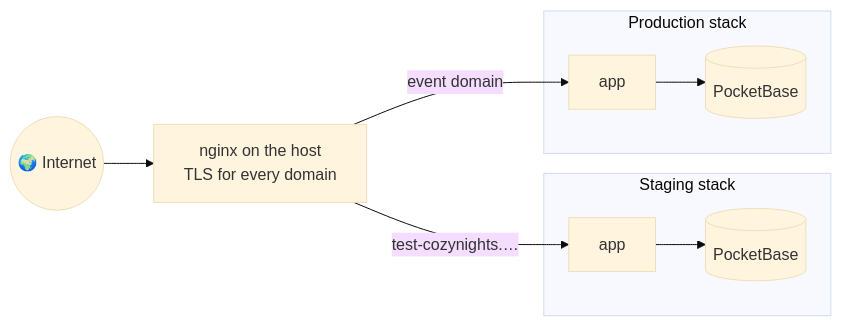
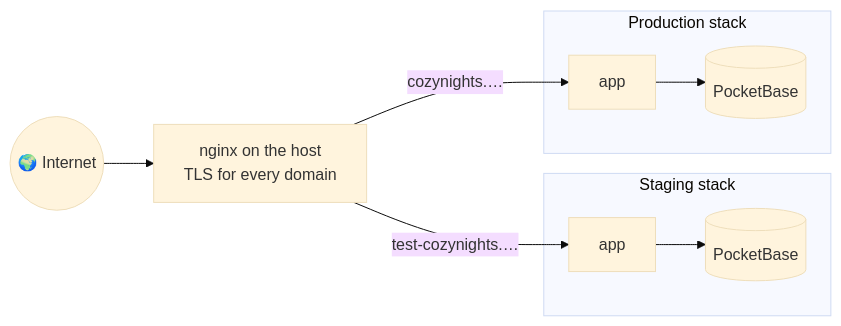
Before and after one commit to MorpheusMXML/hamburn-cozynights: the first of 2 diagrams in docs/develop/deployment.md, drawn with Mermaid (base theme). The commit also changed other lines of this file and 3 other files, not shown here.

````diff
--- a/docs/develop/deployment.md
+++ b/docs/develop/deployment.md
@@ -17,12 +17,12 @@
 ```mermaid
 flowchart LR
   internet(("🌍 Internet")) --> nginx["nginx on the host<br/>TLS for every domain"]
   subgraph staging["Staging stack"]
     sapp["app"] --> spb[("PocketBase")]
   end
   subgraph production["Production stack"]
     papp["app"] --> ppb[("PocketBase")]
   end
   nginx -- "test-cozynights.…" --> sapp
-  nginx -- "event domain" --> papp
+  nginx -- "cozynights.…" --> papp
 ```
````
